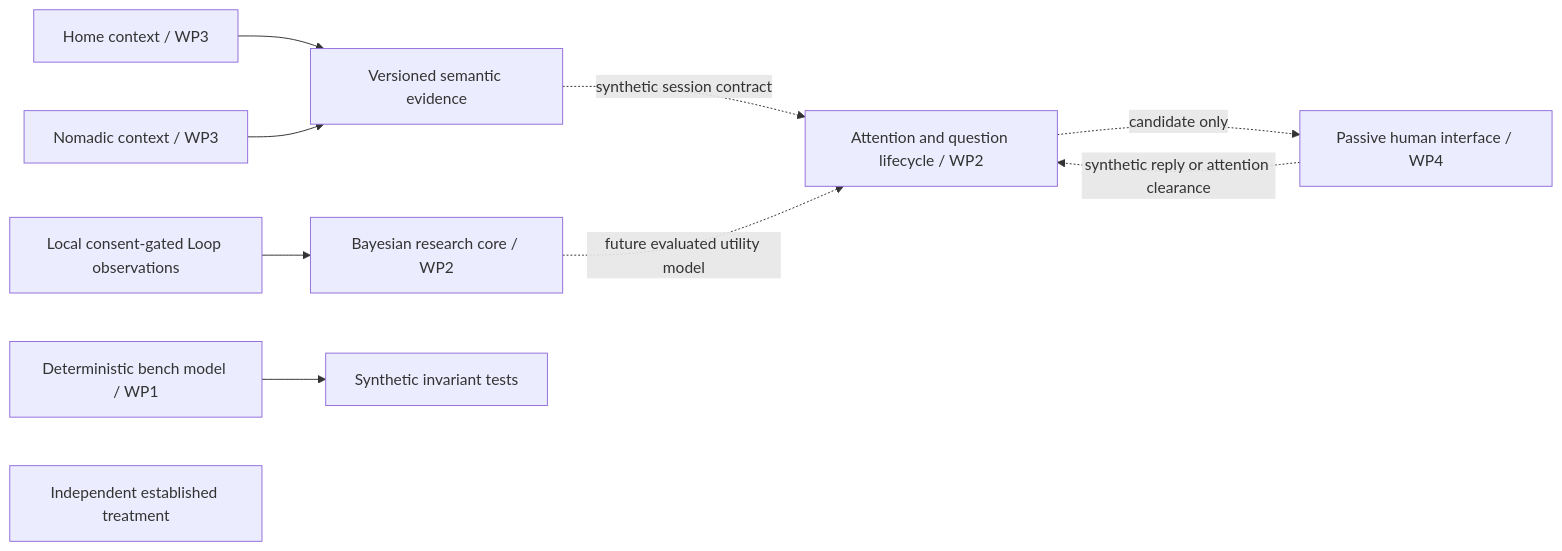
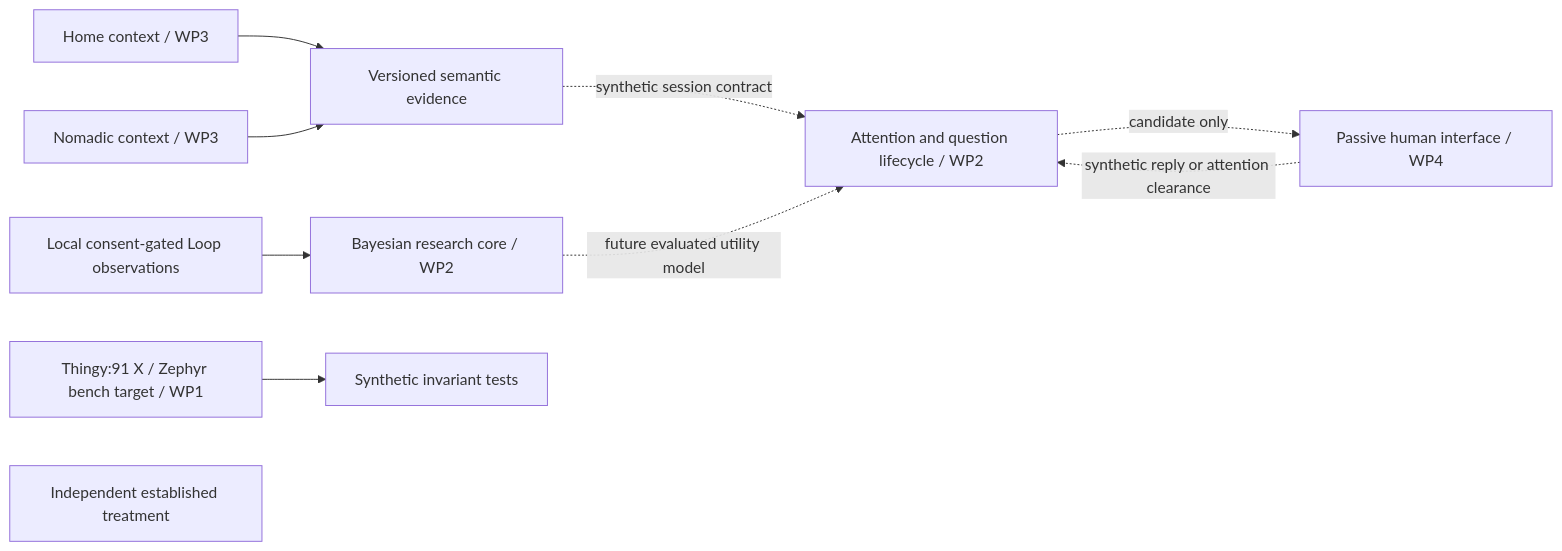
The diagram in docs/SURFER_OS.md (thebookoftheway3/project-live), drawn with Mermaid before and after one commit. The commit also changed other lines of this file and 38 other files, not shown here.

Commit message:
Target WP1 research firmware at Nordic Thingy:91 X with Zephyr

````diff
--- a/docs/SURFER_OS.md
+++ b/docs/SURFER_OS.md
@@ -40,12 +40,12 @@
 ```mermaid
 flowchart LR
     H[Home context / WP3] --> E[Versioned semantic evidence]
     N[Nomadic context / WP3] --> E
     G[Local consent-gated Loop observations] --> B[Bayesian research core / WP2]
     E -. synthetic session contract .-> A[Attention and question lifecycle / WP2]
     B -. future evaluated utility model .-> A
     A -. candidate only .-> U[Passive human interface / WP4]
     U -. synthetic reply or attention clearance .-> A
-    M[Deterministic bench model / WP1] --> T[Synthetic invariant tests]
+    M[Thingy:91 X / Zephyr bench target / WP1] --> T[Synthetic invariant tests]
     I[Independent established treatment]
 ```
````
